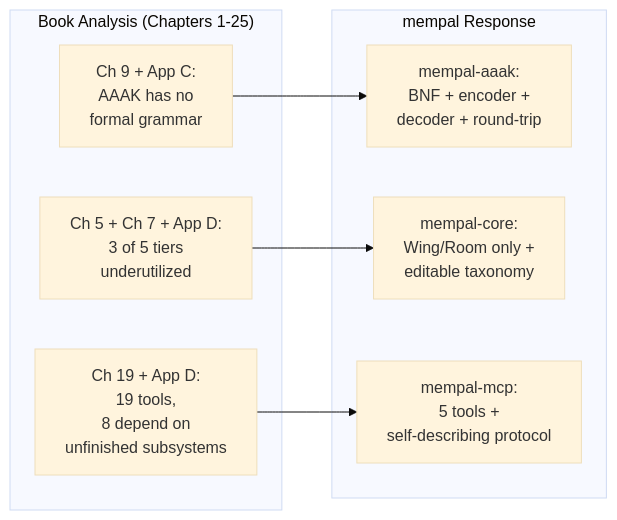
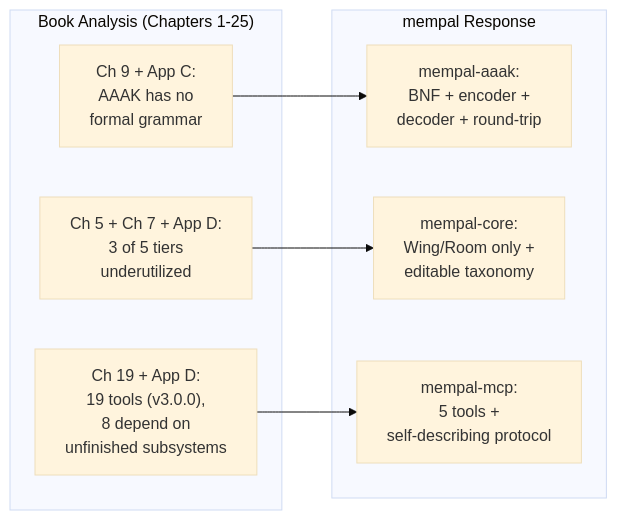
The diagram in book-en/src/ch26-why-rewrite-in-rust.md (ZhangHanDong/mempalace-book), drawn with Mermaid (base theme) before and after one commit. The commit also changed other lines of this file and 13 other files, not shown here.

````diff
--- a/book-en/src/ch26-why-rewrite-in-rust.md
+++ b/book-en/src/ch26-why-rewrite-in-rust.md
@@ -21,18 +21,18 @@
 ```mermaid
 graph LR
     subgraph "Book Analysis (Chapters 1-25)"
         A1["Ch 9 + App C:<br/>AAAK has no<br/>formal grammar"]
         A2["Ch 5 + Ch 7 + App D:<br/>3 of 5 tiers<br/>underutilized"]
-        A3["Ch 19 + App D:<br/>19 tools,<br/>8 depend on<br/>unfinished subsystems"]
+        A3["Ch 19 + App D:<br/>19 tools (v3.0.0),<br/>8 depend on<br/>unfinished subsystems"]
     end
 
     subgraph "mempal Response"
         R1["mempal-aaak:<br/>BNF + encoder +<br/>decoder + round-trip"]
         R2["mempal-core:<br/>Wing/Room only +<br/>editable taxonomy"]
         R3["mempal-mcp:<br/>5 tools +<br/>self-describing protocol"]
     end
 
     A1 --> R1
     A2 --> R2
     A3 --> R3
 ```
````
